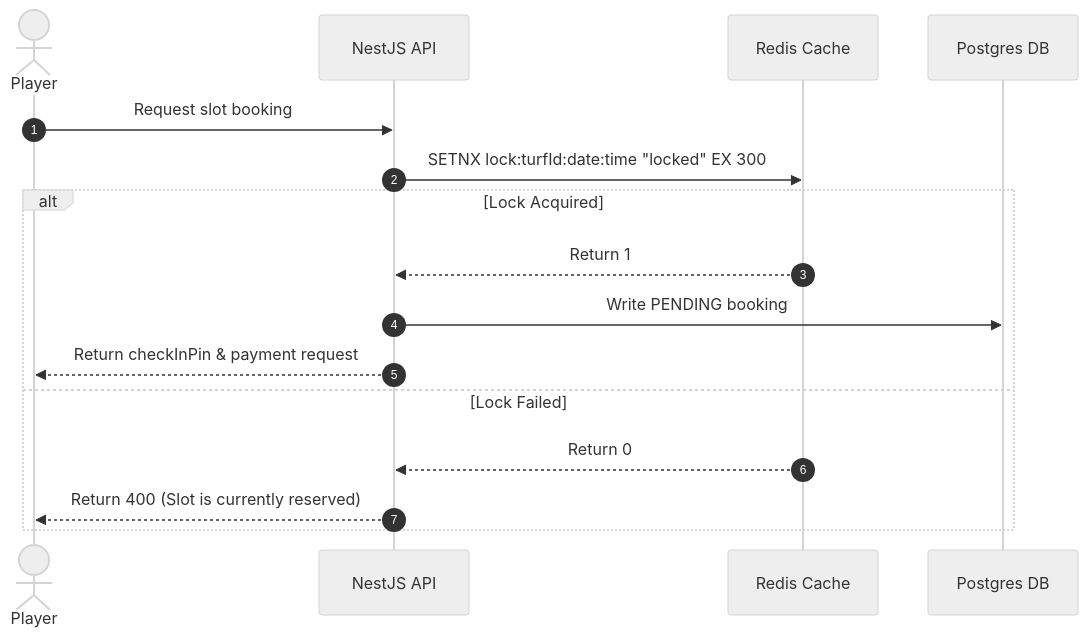
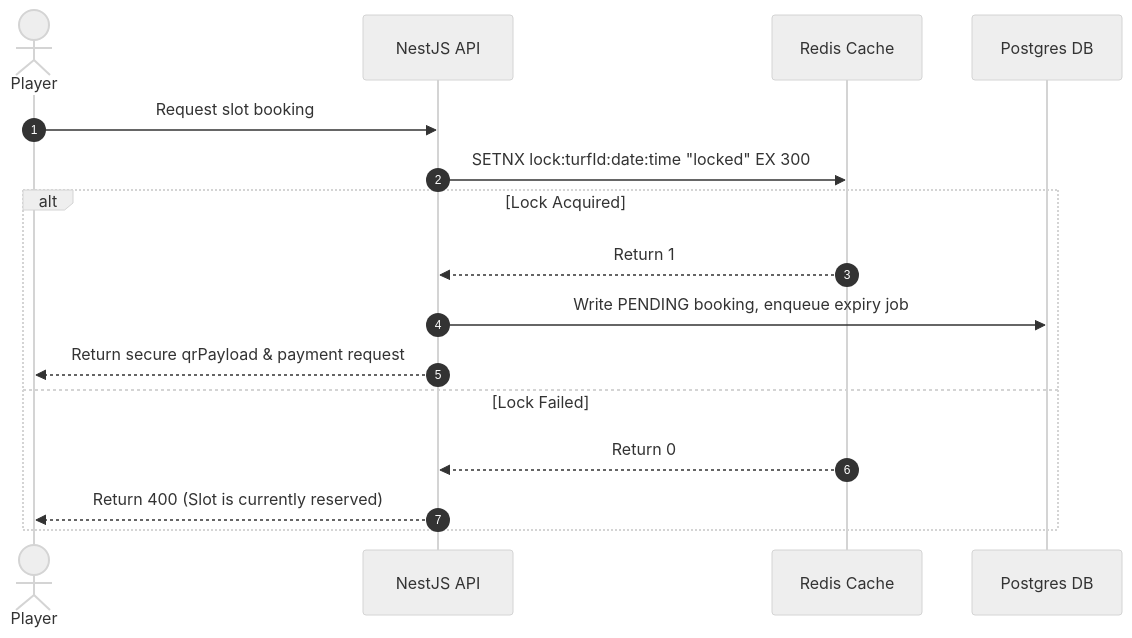
The fourth of 7 diagrams in docs/software_design/implementation_plan.md (SevenX-Labs/Turfsy-Server), drawn with Mermaid (neutral theme) before and after one commit. The commit also changed other lines of this file and 10 other files, not shown here.

Commit message:
refactor: replace PIN-based check-in with HMAC-signed QR codes, update system architecture to include background worker queues, and refine booking design documentation.

````diff
--- a/docs/software_design/implementation_plan.md
+++ b/docs/software_design/implementation_plan.md
@@ -84,19 +84,19 @@
 ```mermaid
 sequenceDiagram
     autonumber
     actor Player
     participant Nest as NestJS API
     participant Redis as Redis Cache
     participant DB as Postgres DB
 
     Player->>Nest: Request slot booking
     Nest->>Redis: SETNX lock:turfId:date:time "locked" EX 300
     alt Lock Acquired
         Redis-->>Nest: Return 1
-        Nest->>DB: Write PENDING booking
-        Nest-->>Player: Return checkInPin & payment request
+        Nest->>DB: Write PENDING booking, enqueue expiry job
+        Nest-->>Player: Return secure qrPayload & payment request
     else Lock Failed
         Redis-->>Nest: Return 0
         Nest-->>Player: Return 400 (Slot is currently reserved)
     end
 ```
````
